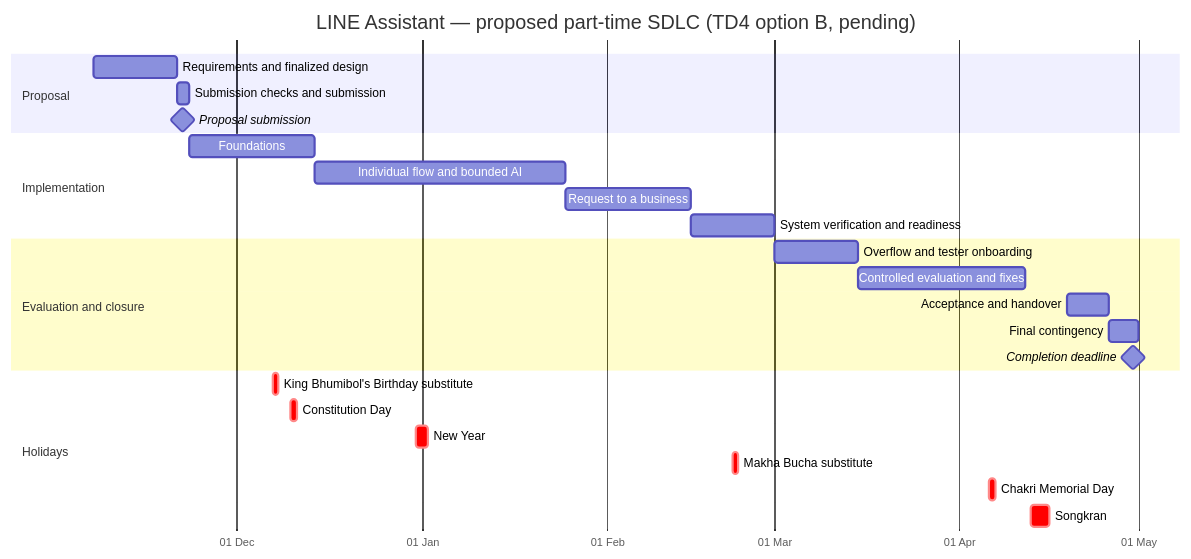
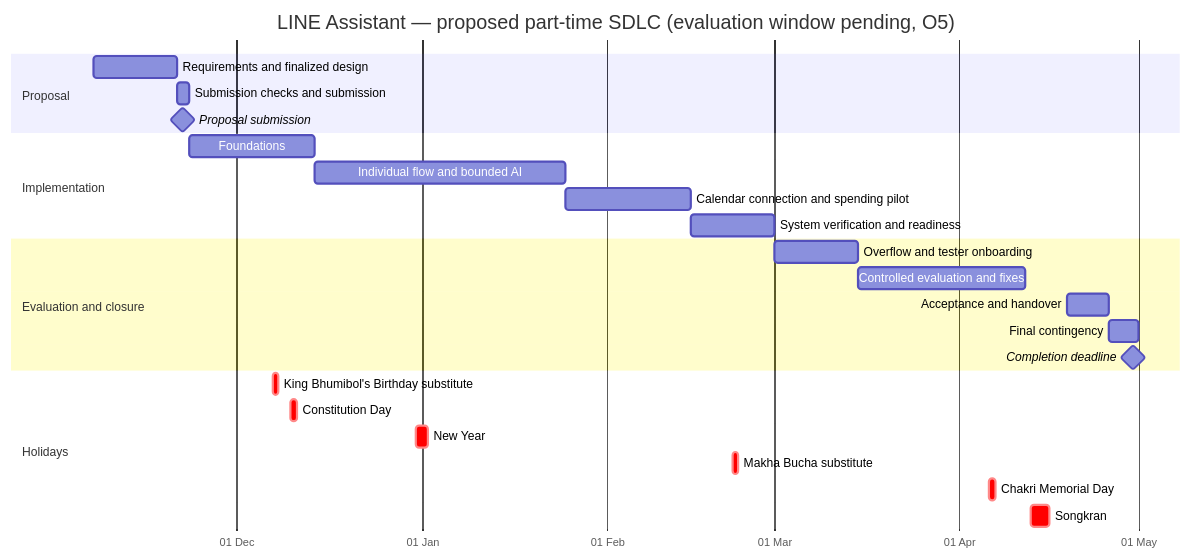
Before and after one commit to ommhungry/f-abdul: the diagram in docs/planning/timeline-and-development-phases.md, drawn with Mermaid. The commit also changed other lines of this file and 9 other files, not shown here.

````diff
--- a/docs/planning/timeline-and-development-phases.md
+++ b/docs/planning/timeline-and-development-phases.md
@@ -180,28 +188,28 @@
 ```mermaid
 gantt
-    title LINE Assistant — proposed part-time SDLC (TD4 option B, pending)
+    title LINE Assistant — proposed part-time SDLC (evaluation window pending, O5)
     dateFormat YYYY-MM-DD
     axisFormat %d %b
     section Proposal
     Requirements and finalized design :p0, 2026-11-07, 2026-11-21
     Submission checks and submission :p0b, 2026-11-21, 2026-11-23
     Proposal submission :milestone, submission, 2026-11-22, 0d
     section Implementation
     Foundations :p1, 2026-11-23, 2026-12-14
     Individual flow and bounded AI :p2, 2026-12-14, 2027-01-25
-    Request to a business :p3, 2027-01-25, 2027-02-15
+    Calendar connection and spending pilot :p3, 2027-01-25, 2027-02-15
     System verification and readiness :p4, 2027-02-15, 2027-03-01
     section Evaluation and closure
     Overflow and tester onboarding :p5a, 2027-03-01, 2027-03-15
     Controlled evaluation and fixes :p5b, 2027-03-15, 2027-04-12
     Acceptance and handover :p7, 2027-04-19, 2027-04-26
     Final contingency :p8, 2027-04-26, 2027-05-01
     Completion deadline :milestone, finish, 2027-04-30, 0d
     section Holidays
     King Bhumibol's Birthday substitute :crit, h0, 2026-12-07, 2026-12-08
     Constitution Day :crit, h0b, 2026-12-10, 2026-12-11
     New Year :crit, h1, 2026-12-31, 2027-01-02
     Makha Bucha substitute :crit, h2, 2027-02-22, 2027-02-23
     Chakri Memorial Day :crit, h2b, 2027-04-06, 2027-04-07
     Songkran :crit, h3, 2027-04-13, 2027-04-16
 ```
````
